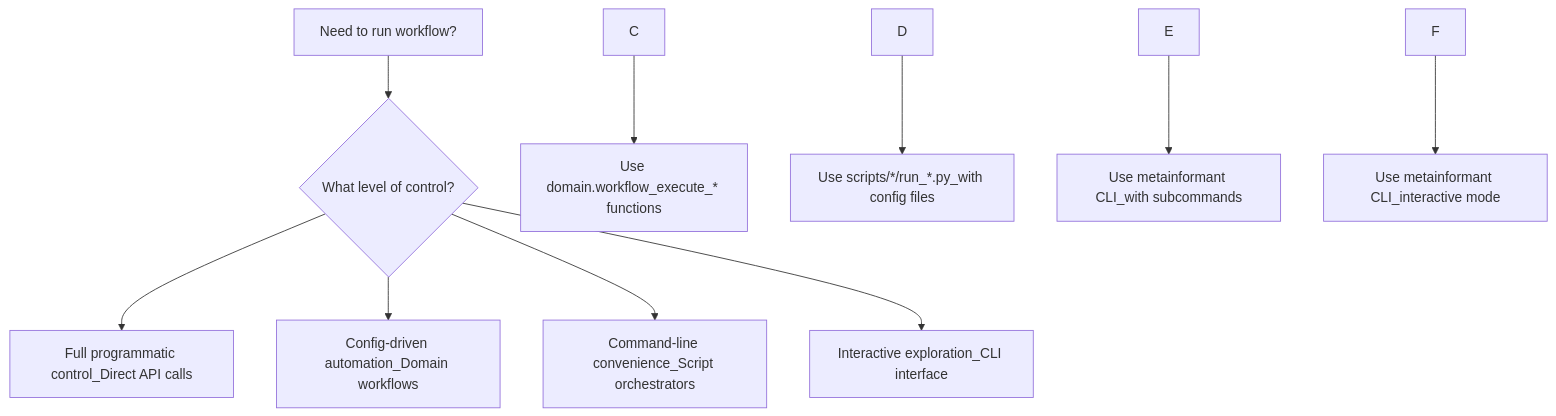
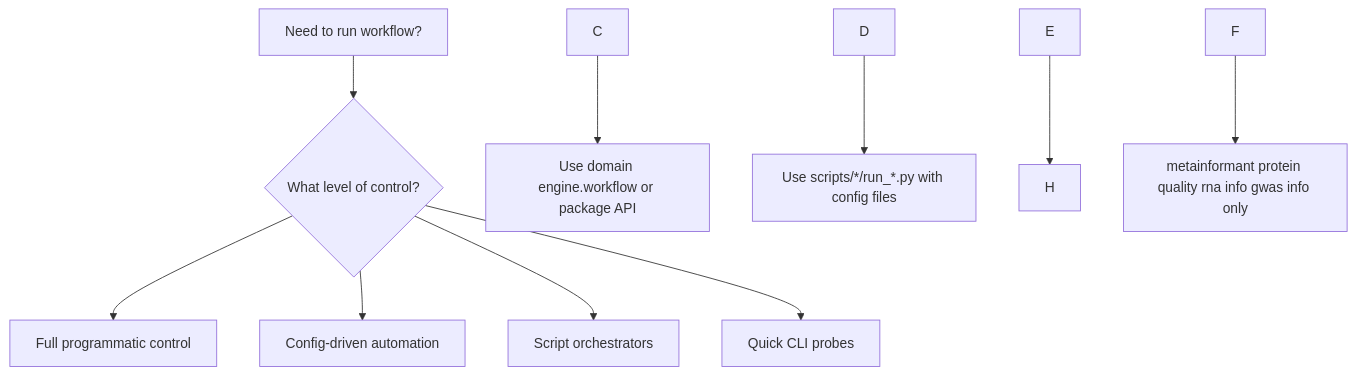
Before and after one commit to docxology/MetaInformAnt: the second of 2 diagrams in docs/ORCHESTRATION.md, drawn with Mermaid. The commit also changed other lines of this file and 5 other files, not shown here.

````diff
--- a/docs/ORCHESTRATION.md
+++ b/docs/ORCHESTRATION.md
@@ -44,13 +43,13 @@
 ```mermaid
 flowchart TD
     AneedToRunWorkflow?[Need to run workflow?] --> B{What level of control?}
-    B --> CfullProgrammaticControlDirectApiCalls[Full programmatic control_Direct API calls]
-    B --> Dconfig-drivenAutomationDomainWorkflows[Config-driven automation_Domain workflows]
-    B --> Ecommand-lineConvenienceScriptOrchestrators[Command-line convenience_Script orchestrators]
-    B --> FinteractiveExplorationCliInterface[Interactive exploration_CLI interface]
+    B --> CfullProgrammaticControlDirectApiCalls[Full programmatic control]
+    B --> Dconfig-drivenAutomationDomainWorkflows[Config-driven automation]
+    B --> Ecommand-lineConvenienceScriptOrchestrators[Script orchestrators]
+    B --> FquickCliProbes[Quick CLI probes]
 
-    C --> GuseDomain.workflowExecute*Functions[Use domain.workflow_execute_* functions]
-    D --> HuseScripts/*/run*.pyWithConfigFiles[Use scripts/*/run_*.py_with config files]
-    E --> IuseMetainformantCliWithSubcommands[Use metainformant CLI_with subcommands]
-    F --> JuseMetainformantCliInteractiveMode[Use metainformant CLI_interactive mode]
+    C --> GuseDomainEngineWorkflow[Use domain engine.workflow or package API]
+    D --> HuseScriptsRunPy[Use scripts/*/run_*.py with config files]
+    E --> H
+    F --> IsmallMetainformantCli[metainformant protein quality rna info gwas info only]
 ```
````
